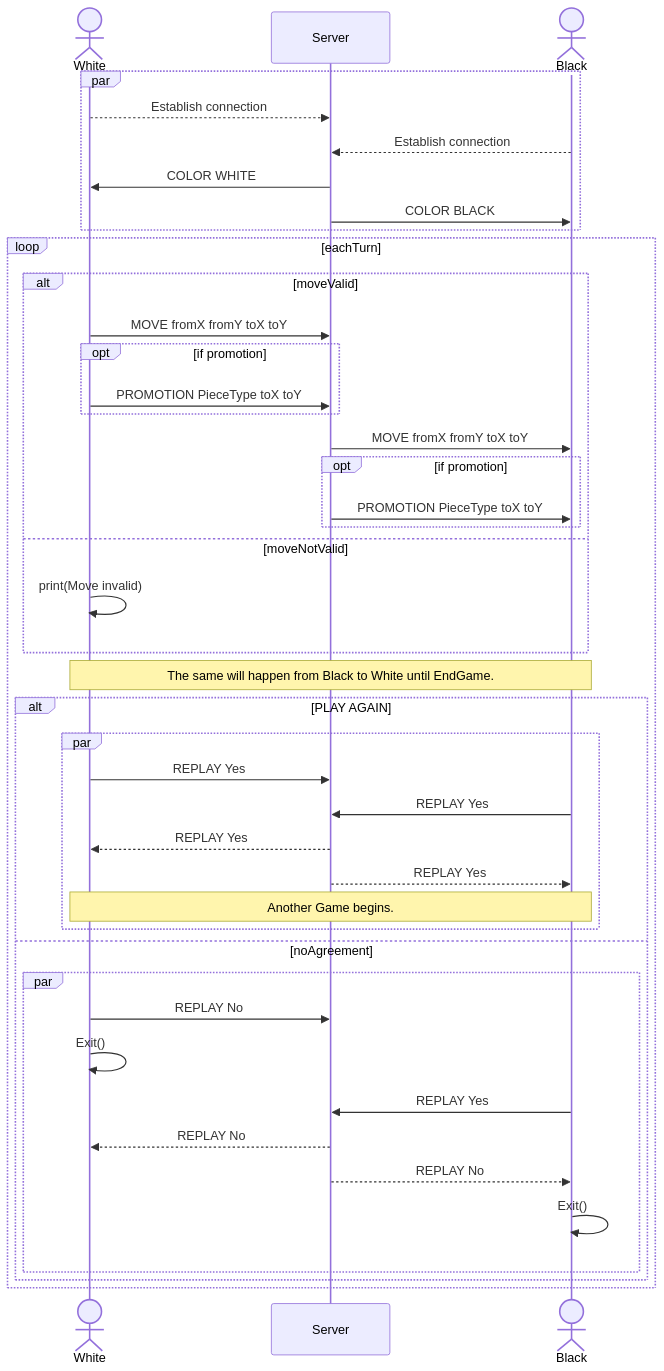
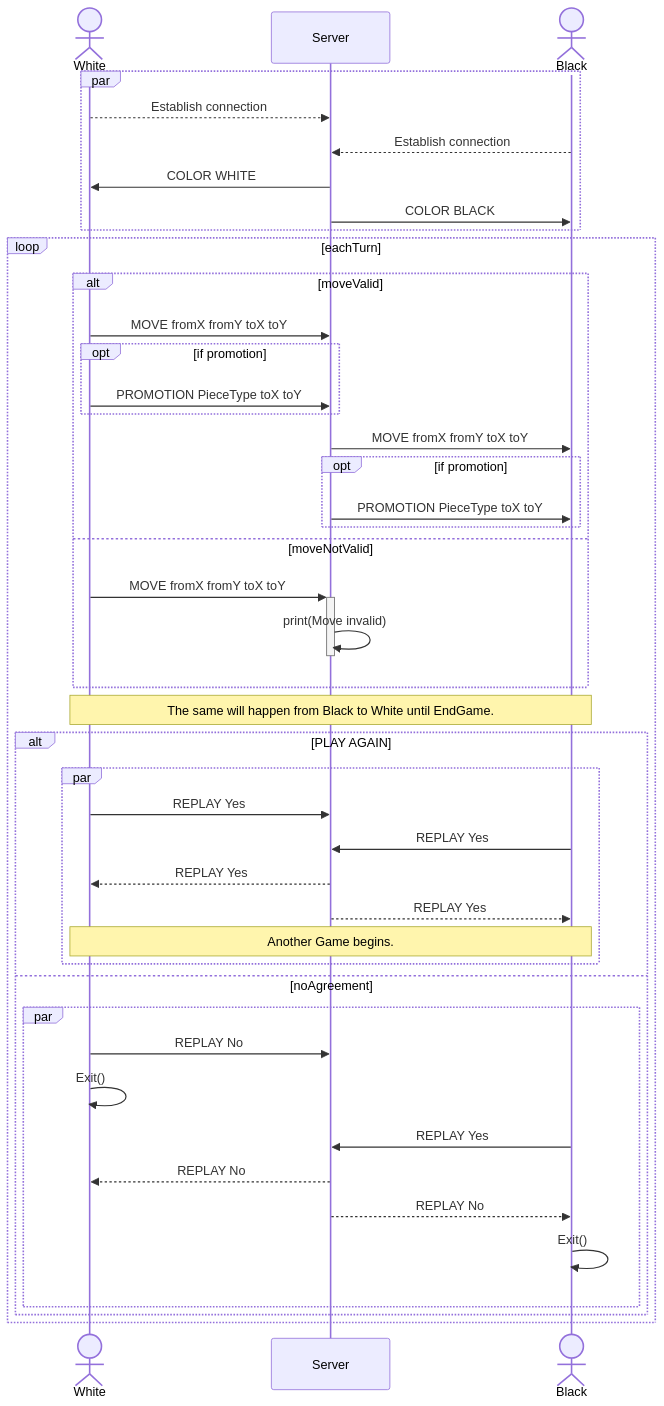
The diagram in README.md (heig-lherman/dai-pw02), drawn with Mermaid before and after one commit. The commit also changed other lines of this file, not shown here.

````diff
--- a/README.md
+++ b/README.md
@@ -138,47 +138,48 @@
 ```mermaid
 sequenceDiagram
     actor White as White
     participant Server as Server
     actor Black as Black
 
     par
     White -->> Server: Establish connection
     Black -->> Server: Establish connection
     Server ->> White: COLOR WHITE
     Server ->> Black: COLOR BLACK
     end
 
     loop eachTurn
     alt moveValid
         White ->> Server: MOVE fromX fromY toX toY
         opt if promotion
             White ->> Server: PROMOTION PieceType toX toY
         end
         Server ->> Black: MOVE fromX fromY toX toY
         opt if promotion
             Server ->> Black: PROMOTION PieceType toX toY
         end
         else moveNotValid
-        White ->> White: print(Move invalid)
+        White ->>+ Server: MOVE fromX fromY toX toY
+        Server ->>- Server: print(Move invalid)
     end
     Note over White,Black: The same will happen from Black to White until EndGame.
         alt PLAY AGAIN
     par
         White ->> Server: REPLAY Yes
         Black ->> Server: REPLAY Yes
         Server -->> White: REPLAY Yes
         Server -->> Black: REPLAY Yes
             Note over White,Black: Another Game begins.
     end
         else noAgreement
         par
         White ->> Server: REPLAY No
         White ->> White: Exit()
         Black ->> Server: REPLAY Yes
         Server -->> White: REPLAY No
         Server -->> Black: REPLAY No
         Black ->> Black: Exit()
         end
     end
     end
 ```
````
